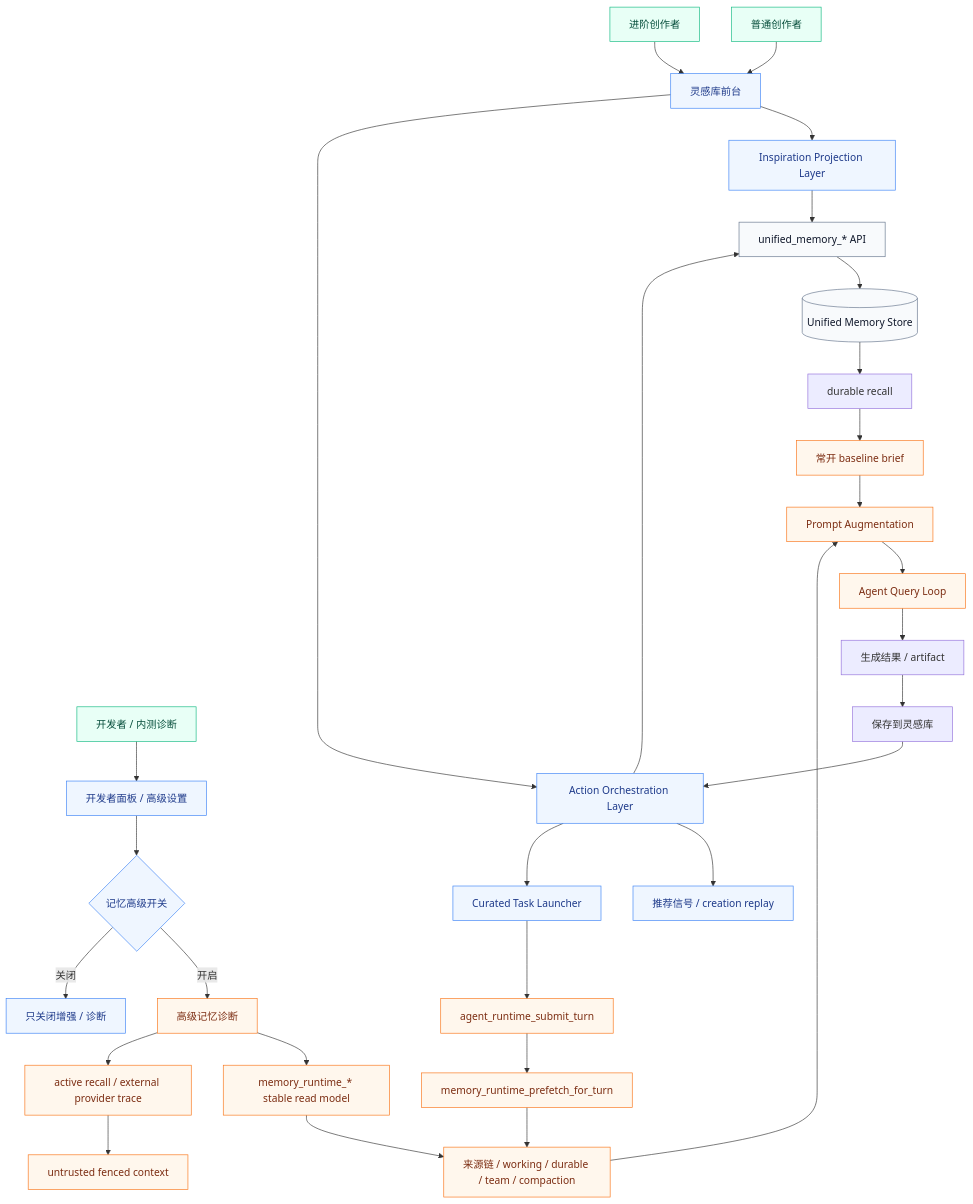
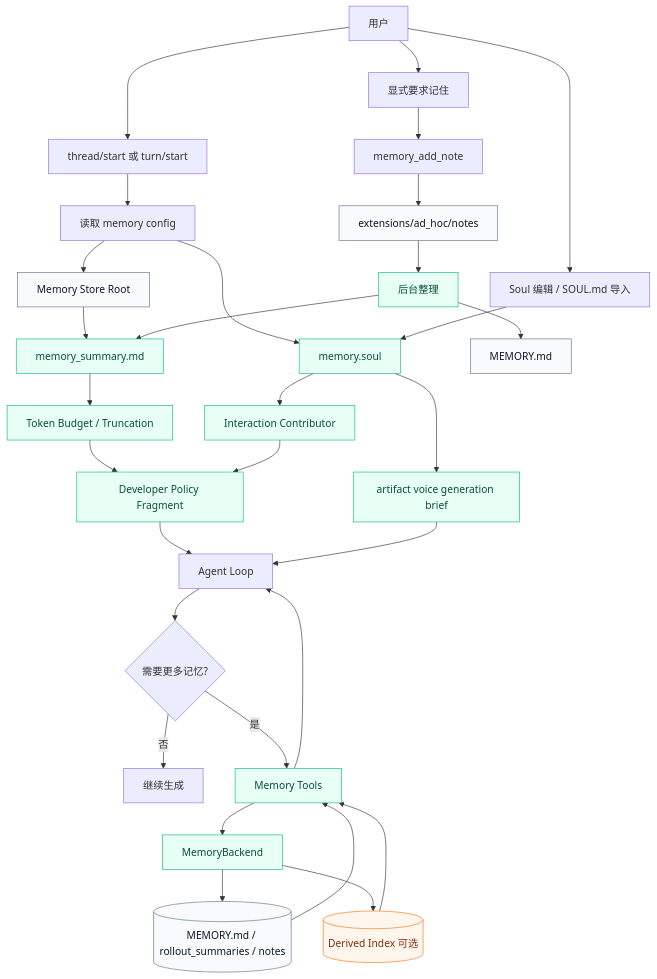
The first of 7 diagrams in internal/roadmap/memory/diagrams.md (jiujuan/lime), drawn with Mermaid before and after one commit. The commit also changed other lines of this file and 515 other files, not shown here.

````diff
--- a/internal/roadmap/memory/diagrams.md
+++ b/internal/roadmap/memory/diagrams.md
@@ -9,48 +9,43 @@
 ```mermaid
 flowchart TB
-  User[普通创作者] --> UI[灵感库前台]
-  Creator[进阶创作者] --> UI
-  Dev[开发者 / 内测诊断] --> DevPanel[开发者面板 / 高级设置]
-  DevPanel --> Gate{记忆高级开关}
-  Gate -- 开启 --> Diagnostics[高级记忆诊断]
-  Gate -- 关闭 --> NoDiag[只关闭增强 / 诊断]
+  User[用户] --> Thread[thread/start 或 turn/start]
+  Thread --> Config[读取 memory config]
+  Config --> Store[Memory Store Root]
+  Config --> Soul[memory.soul]
+  Store --> Summary[memory_summary.md]
+  Summary --> Budget[Token Budget / Truncation]
+  Soul --> Interaction[Interaction Contributor]
+  Budget --> Prompt[Developer Policy Fragment]
+  Interaction --> Prompt
+  Prompt --> Agent[Agent Loop]
 
-  UI --> Projection[Inspiration Projection Layer]
-  UI --> Actions[Action Orchestration Layer]
+  Agent --> NeedMemory{需要更多记忆?}
+  NeedMemory -- 否 --> Answer[继续生成]
+  NeedMemory -- 是 --> Tools[Memory Tools]
+  Tools --> Backend[MemoryBackend]
+  Backend --> Files[(MEMORY.md / rollout_summaries / notes)]
+  Backend --> Index[(Derived Index 可选)]
+  Files --> Tools
+  Index --> Tools
+  Tools --> Agent
 
-  Projection --> UnifiedApi[unified_memory_* API]
-  Actions --> UnifiedApi
-  Actions --> Recommendation[推荐信号 / creation replay]
-  Actions --> Launcher[Curated Task Launcher]
+  User --> Note[显式要求记住]
+  Note --> AddNote[memory_add_note]
+  AddNote --> Adhoc[extensions/ad_hoc/notes]
+  Adhoc --> Consolidation[后台整理]
+  Consolidation --> MemoryMd[MEMORY.md]
+  Consolidation --> Summary
 
-  UnifiedApi --> UnifiedStore[(Unified Memory Store)]
-  UnifiedStore --> RuntimeRecall[durable recall]
-  RuntimeRecall --> BaselinePack[常开 baseline brief]
+  User --> SoulEditor[Soul 编辑 / SOUL.md 导入]
+  SoulEditor --> Soul
+  Soul --> Brief[artifact voice generation brief]
+  Brief --> Agent
 
-  Launcher --> RuntimeTurn[agent_runtime_submit_turn]
-  RuntimeTurn --> Prefetch[memory_runtime_prefetch_for_turn]
-  Prefetch --> RuntimeSources[来源链 / working / durable / team / compaction]
-  RuntimeSources --> PromptAug[Prompt Augmentation]
-  BaselinePack --> PromptAug
-  PromptAug --> AgentLoop[Agent Query Loop]
-
-  Diagnostics --> RuntimeApi[memory_runtime_* stable read model]
-  Diagnostics --> ActiveRecall[active recall / external provider trace]
-  ActiveRecall --> Fenced[untrusted fenced context]
-  RuntimeApi --> RuntimeSources
-
-  AgentLoop --> Result[生成结果 / artifact]
-  Result --> Save[保存到灵感库]
-  Save --> Actions
-
-  classDef user fill:#E8FFF6,stroke:#10B981,color:#064E3B;
-  classDef product fill:#EFF6FF,stroke:#3B82F6,color:#1E3A8A;
-  classDef runtime fill:#FFF7ED,stroke:#F97316,color:#7C2D12;
+  classDef current fill:#E8FFF6,stroke:#10B981,color:#064E3B;
+  classDef optional fill:#FFF7ED,stroke:#F97316,color:#7C2D12;
   classDef store fill:#F8FAFC,stroke:#64748B,color:#0F172A;
 
-  class User,Creator,Dev user;
-  class UI,Projection,Actions,Recommendation,Launcher product;
-  class RuntimeTurn,Prefetch,RuntimeSources,PromptAug,AgentLoop,Diagnostics,RuntimeApi,ActiveRecall,Fenced,BaselinePack runtime;
-  class DevPanel,Gate,NoDiag product;
-  class UnifiedStore,UnifiedApi store;
+  class Summary,Budget,Prompt,Tools,Backend,Consolidation,Soul,Interaction,Brief current;
+  class Index optional;
+  class Store,Files,Adhoc,MemoryMd store;
 ```
````
